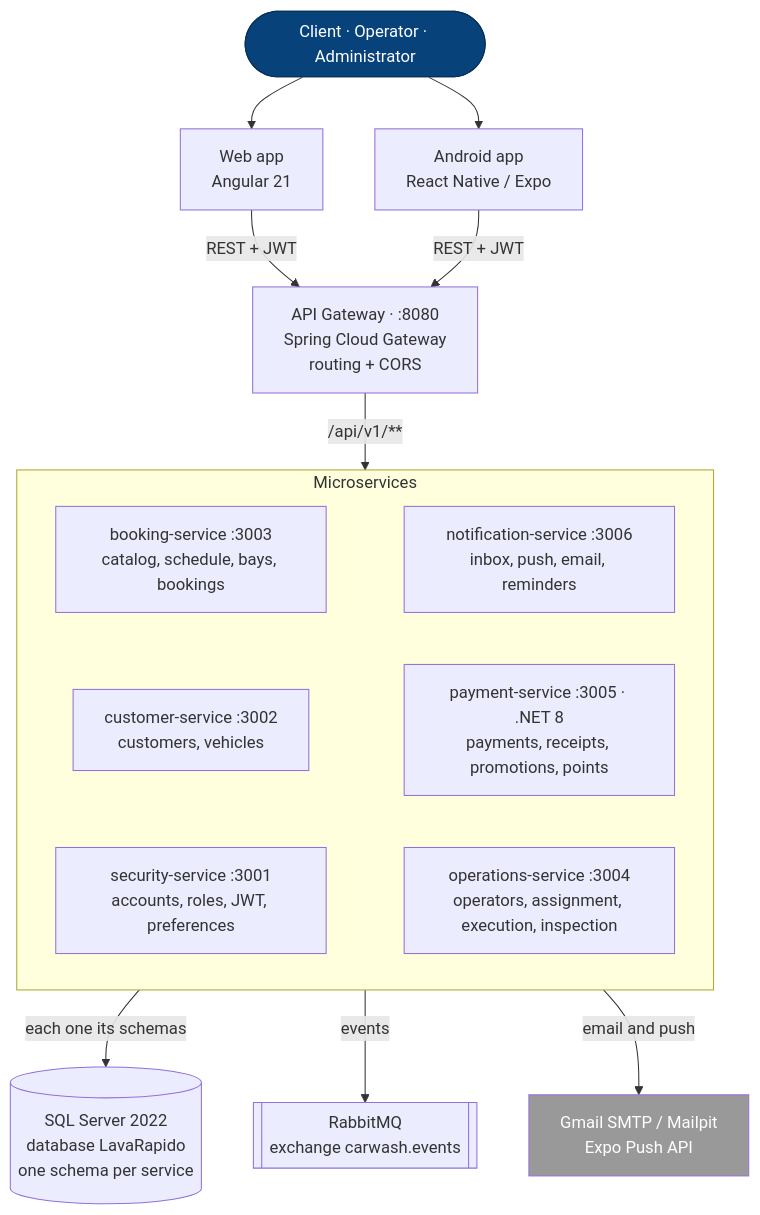
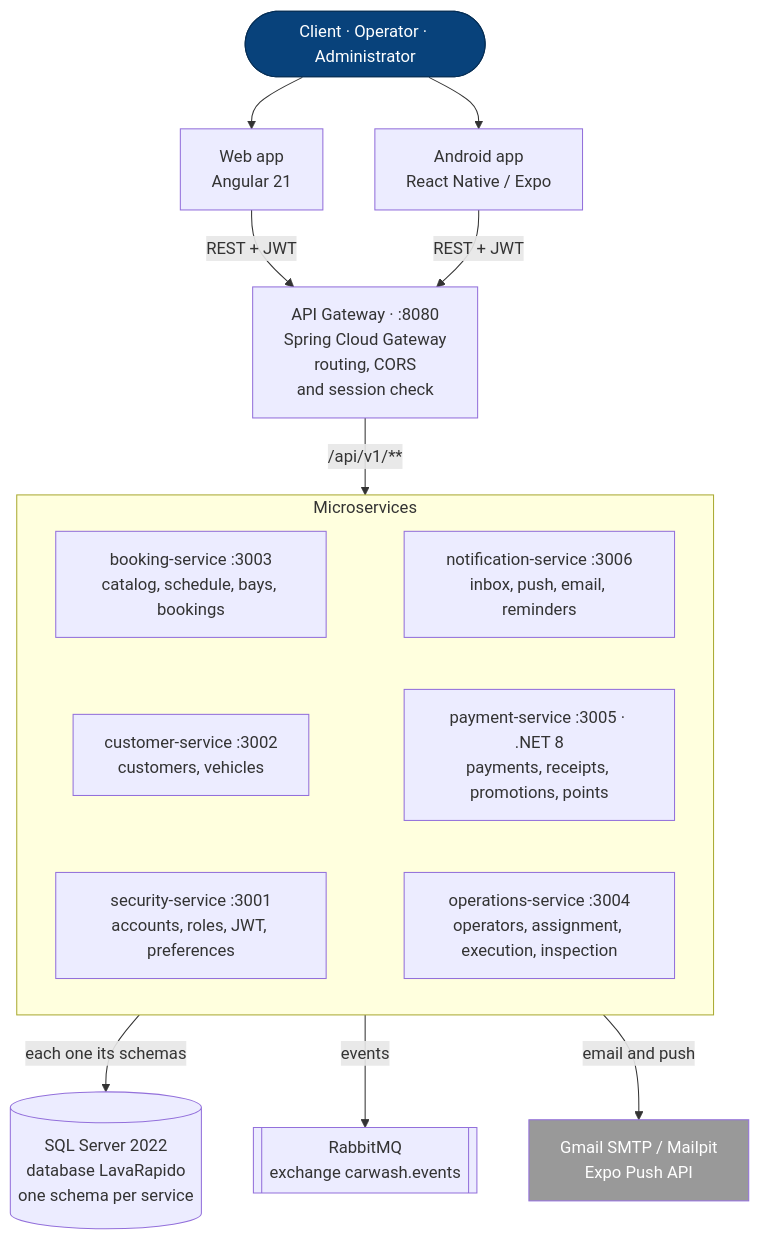
The first of 8 diagrams in 01_INFORME_DE_ESPECIFICACION_DE_REQUISITOS/EN/MD/requirements-specification-report.md (BrayanCABRERA123/lavarapido-docs), drawn with Mermaid before and after one commit. The commit also changed other lines of this file, not shown here.

````diff
--- a/01_INFORME_DE_ESPECIFICACION_DE_REQUISITOS/EN/MD/requirements-specification-report.md
+++ b/01_INFORME_DE_ESPECIFICACION_DE_REQUISITOS/EN/MD/requirements-specification-report.md
@@ -223,36 +224,36 @@
 ```mermaid
 flowchart TB
     people(["Client · Operator · Administrator"]):::person
     web["Web app<br/>Angular 21"]
     mobile["Android app<br/>React Native / Expo"]
-    gateway["API Gateway · :8080<br/>Spring Cloud Gateway<br/>routing + CORS"]
+    gateway["API Gateway · :8080<br/>Spring Cloud Gateway<br/>routing, CORS<br/>and session check"]
 
     subgraph services["Microservices"]
         direction LR
         security["security-service :3001<br/>accounts, roles, JWT, preferences"]
         customer["customer-service :3002<br/>customers, vehicles"]
         booking["booking-service :3003<br/>catalog, schedule, bays, bookings"]
         operations["operations-service :3004<br/>operators, assignment, execution, inspection"]
         payment["payment-service :3005 · .NET 8<br/>payments, receipts, promotions, points"]
         notification["notification-service :3006<br/>inbox, push, email, reminders"]
         booking ~~~ notification
         customer ~~~ payment
         security ~~~ operations
     end
 
     sql[("SQL Server 2022<br/>database LavaRapido<br/>one schema per service")]
     rabbit[["RabbitMQ<br/>exchange carwash.events"]]
     ext["Gmail SMTP / Mailpit<br/>Expo Push API"]:::ext
 
     people --> web
     people --> mobile
     web -- "REST + JWT" --> gateway
     mobile -- "REST + JWT" --> gateway
     gateway -- "/api/v1/**" --> services
     services -- "each one its schemas" --> sql
     services -- "events" --> rabbit
     services -- "email and push" --> ext
 
     classDef person fill:#08427b,color:#fff,stroke:#052e56
     classDef ext fill:#999,color:#fff
 ```
````
